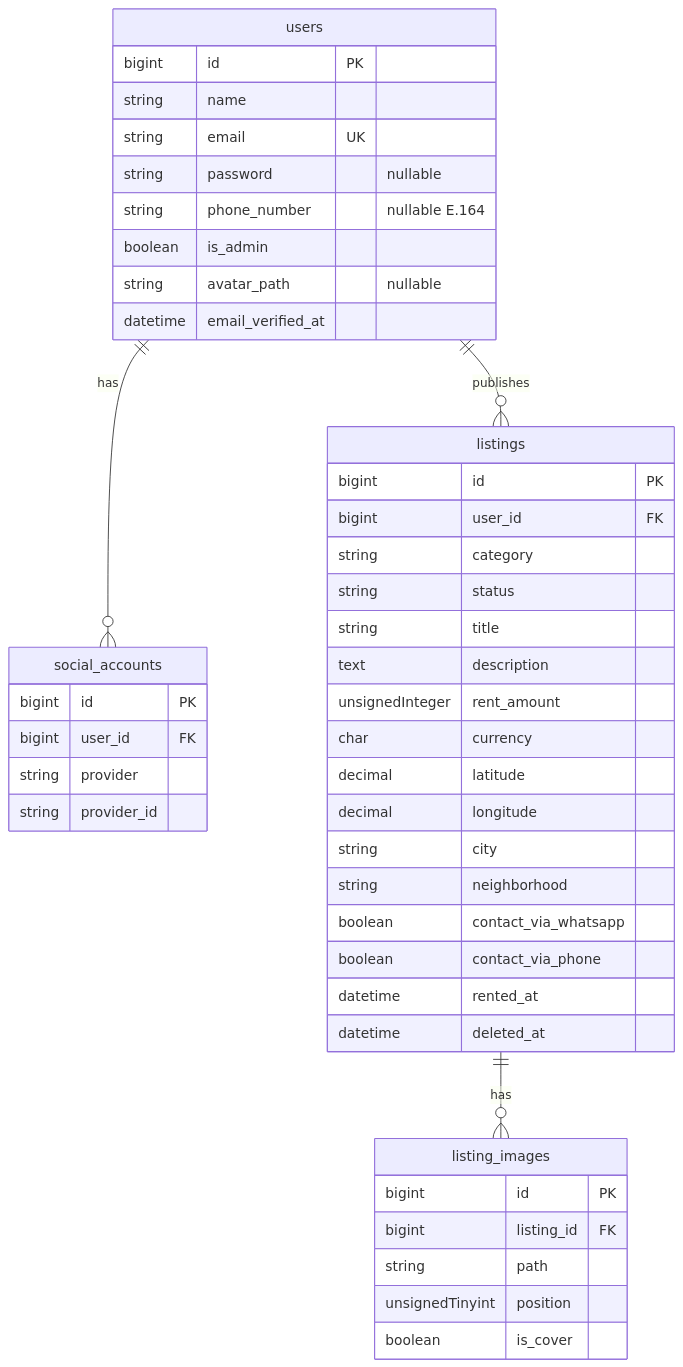
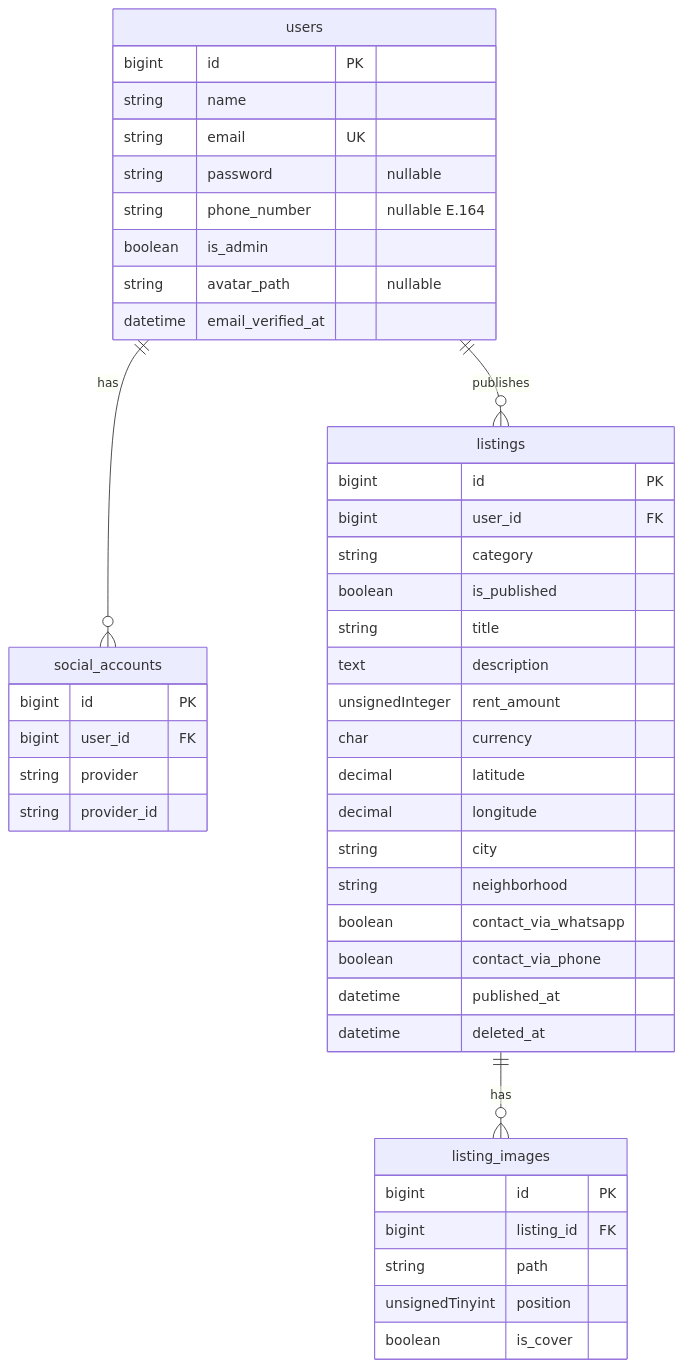
Before and after one commit to hdz-kevin/Radica: the second of 2 diagrams in docs/mvp_plan.md, drawn with Mermaid. The commit also changed other lines of this file and 11 other files, not shown here.

````diff
--- a/docs/mvp_plan.md
+++ b/docs/mvp_plan.md
@@ -157,51 +159,51 @@
 ```mermaid
 erDiagram
   users ||--o{ social_accounts : has
   users ||--o{ listings : publishes
   listings ||--o{ listing_images : has
 
   users {
     bigint id PK
     string name
     string email UK
     string password "nullable"
     string phone_number "nullable E.164"
     boolean is_admin
     string avatar_path "nullable"
     datetime email_verified_at
   }
 
   social_accounts {
     bigint id PK
     bigint user_id FK
     string provider
     string provider_id
   }
 
   listings {
     bigint id PK
     bigint user_id FK
     string category
-    string status
+    boolean is_published
     string title
     text description
     unsignedInteger rent_amount
     char currency
     decimal latitude
     decimal longitude
     string city
     string neighborhood
     boolean contact_via_whatsapp
     boolean contact_via_phone
-    datetime rented_at
+    datetime published_at
     datetime deleted_at
   }
 
   listing_images {
     bigint id PK
     bigint listing_id FK
     string path
     unsignedTinyint position
     boolean is_cover
   }
 ```
````
